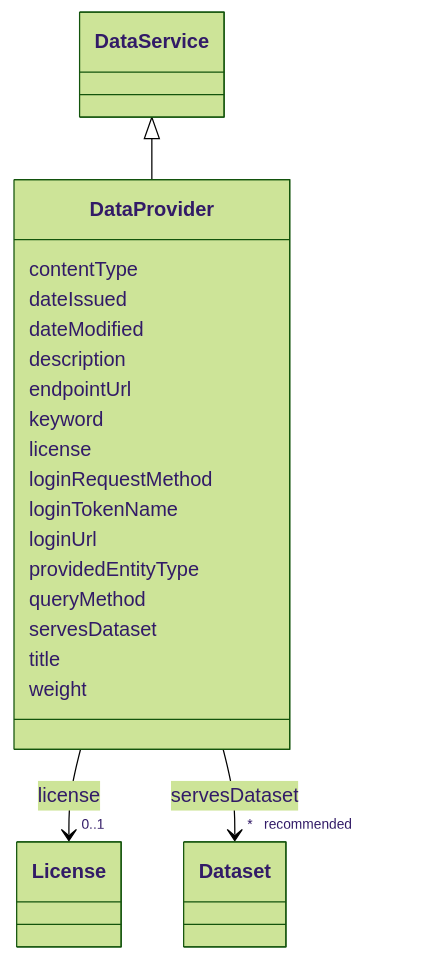
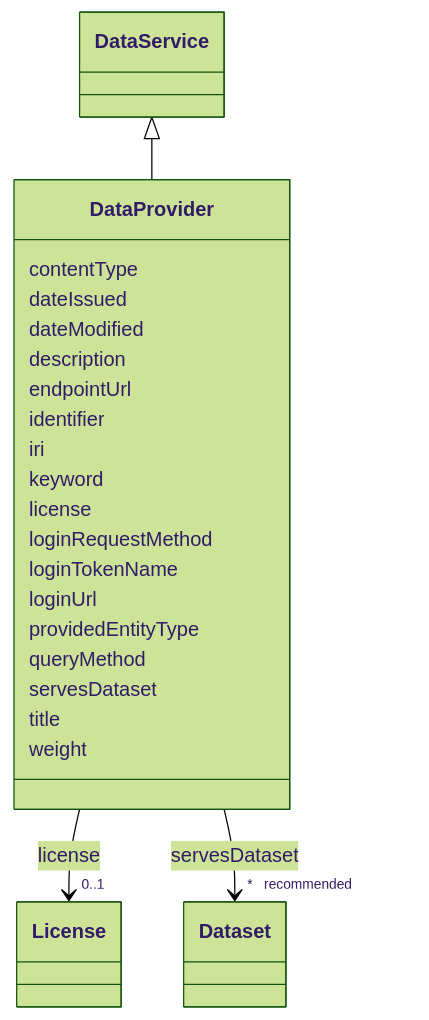
The diagram in models/docs/DataProvider.md (EVORA-project/evora-ontology), drawn with Mermaid (forest theme) before and after one commit. The commit also changed other lines of this file and 391 other files, not shown here.

````diff
--- a/models/docs/DataProvider.md
+++ b/models/docs/DataProvider.md
@@ -19,53 +19,57 @@
 ```mermaid
  classDiagram
     class DataProvider
     click DataProvider href "../DataProvider"
       DataService <|-- DataProvider
         click DataService href "../DataService"
       
       DataProvider : contentType
         
       DataProvider : dateIssued
         
       DataProvider : dateModified
         
       DataProvider : description
         
       DataProvider : endpointUrl
+        
+      DataProvider : identifier
+        
+      DataProvider : iri
         
       DataProvider : keyword
         
       DataProvider : license
         
           
     
     
     DataProvider --> "0..1" License : license
     click License href "../License"
 
         
       DataProvider : loginRequestMethod
         
       DataProvider : loginTokenName
         
       DataProvider : loginUrl
         
       DataProvider : providedEntityType
         
       DataProvider : queryMethod
         
       DataProvider : servesDataset
         
           
     
     
     DataProvider --> "* _recommended_" Dataset : servesDataset
     click Dataset href "../Dataset"
 
         
       DataProvider : title
         
       DataProvider : weight
         
       
 ```
````
